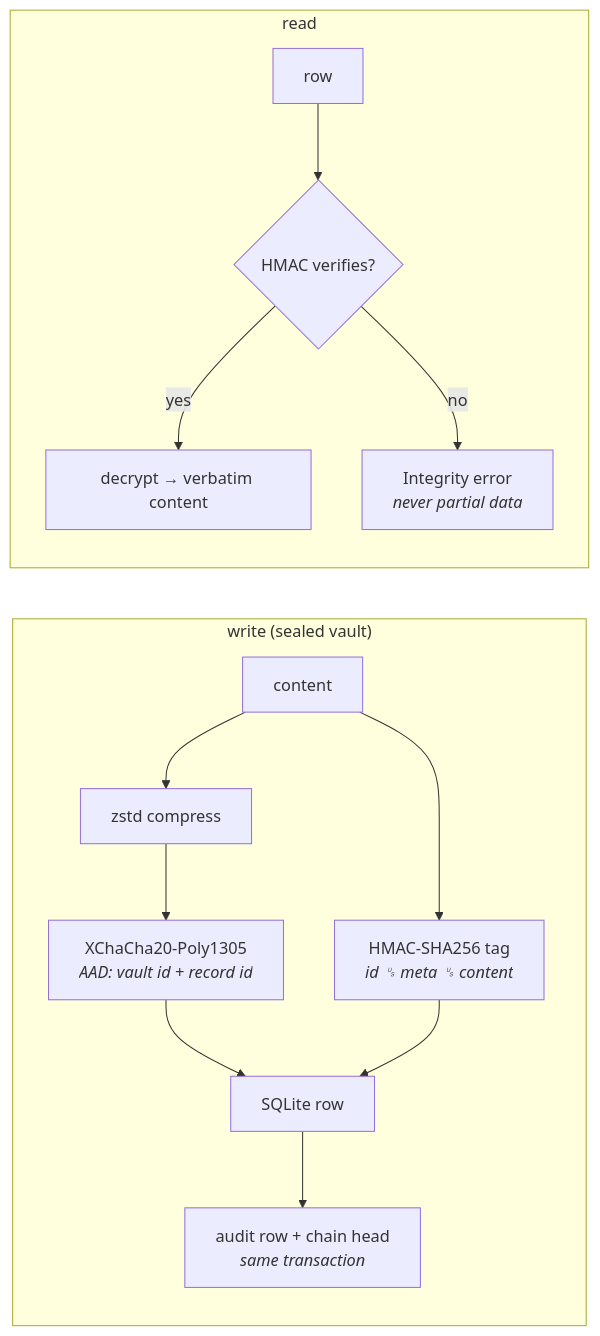
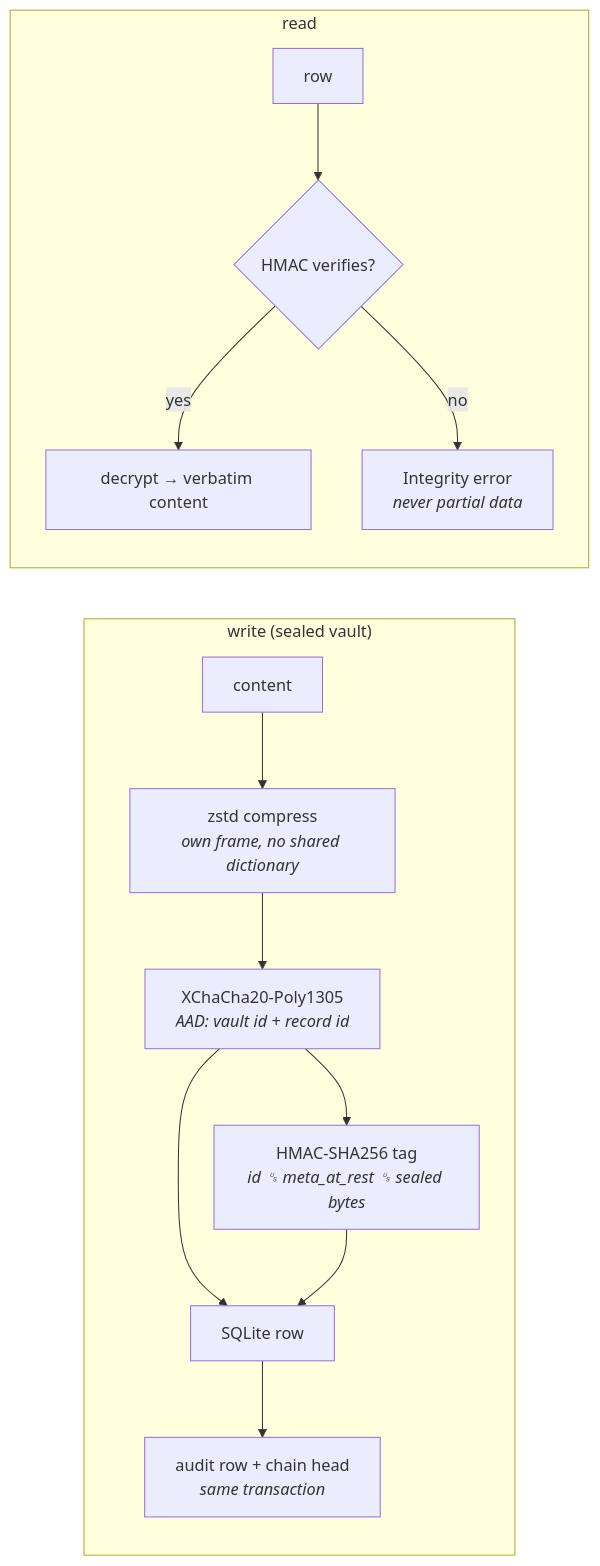
One commit to sealcroft/undercroft changed the first of 3 diagrams in docs/security.md. Above: the diagram before and after it, drawn with Mermaid. The commit also changed other lines of this file and 78 other files, not shown here.

First line of the commit message:
the three diagram sets described a different engine — audited against the code, corrected, and ten views added

````diff
--- a/docs/security.md
+++ b/docs/security.md
@@ -39,15 +39,15 @@
 ```mermaid
 flowchart LR
     subgraph write["write (sealed vault)"]
-        c["content"] --> z["zstd compress"] --> e["XChaCha20-Poly1305<br/><i>AAD: vault id + record id</i>"]
-        c --> h["HMAC-SHA256 tag<br/><i>id ␟ meta ␟ content</i>"]
+        c["content"] --> z["zstd compress<br/><i>own frame, no shared dictionary</i>"] --> e["XChaCha20-Poly1305<br/><i>AAD: vault id + record id</i>"]
+        e --> h["HMAC-SHA256 tag<br/><i>id ␟ meta_at_rest ␟ sealed bytes</i>"]
         e --> row["SQLite row"]
         h --> row
         row --> chain["audit row + chain head<br/><i>same transaction</i>"]
     end
     subgraph read["read"]
         row2["row"] --> v{"HMAC verifies?"}
         v -- yes --> d["decrypt → verbatim content"]
         v -- no --> alarm["Integrity error<br/><i>never partial data</i>"]
     end
 ```
````
